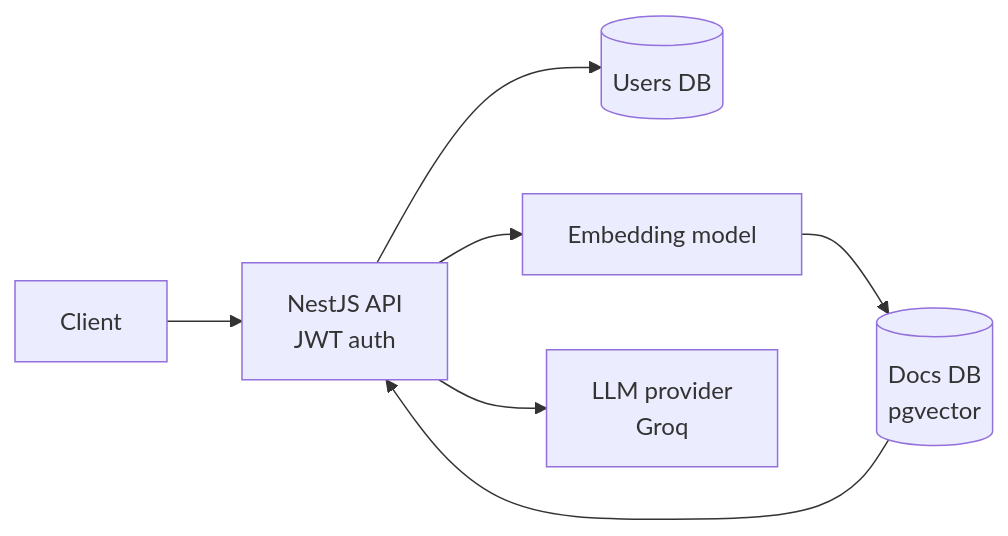
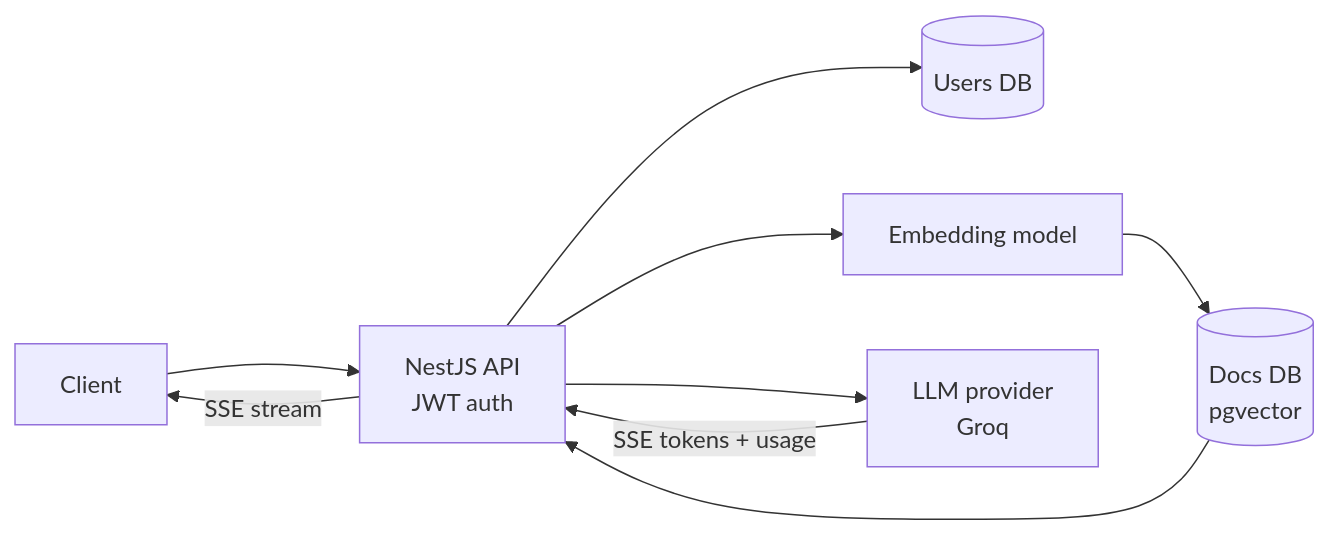
Before and after one commit to sajibsarker-1104003/sajibsarker-1104003: the diagram in README.md, drawn with Mermaid. The commit also changed other lines of this file, not shown here.

````diff
--- a/README.md
+++ b/README.md
@@ -24,9 +27,11 @@
 ```mermaid
 flowchart LR
     C[Client] --> API[NestJS API<br/>JWT auth]
     API --> U[(Users DB)]
     API --> E[Embedding model]
     E --> V[(Docs DB<br/>pgvector)]
     V --> API
     API --> L[LLM provider<br/>Groq]
+    L -->|SSE tokens + usage| API
+    API -->|SSE stream| C
 ```
````
